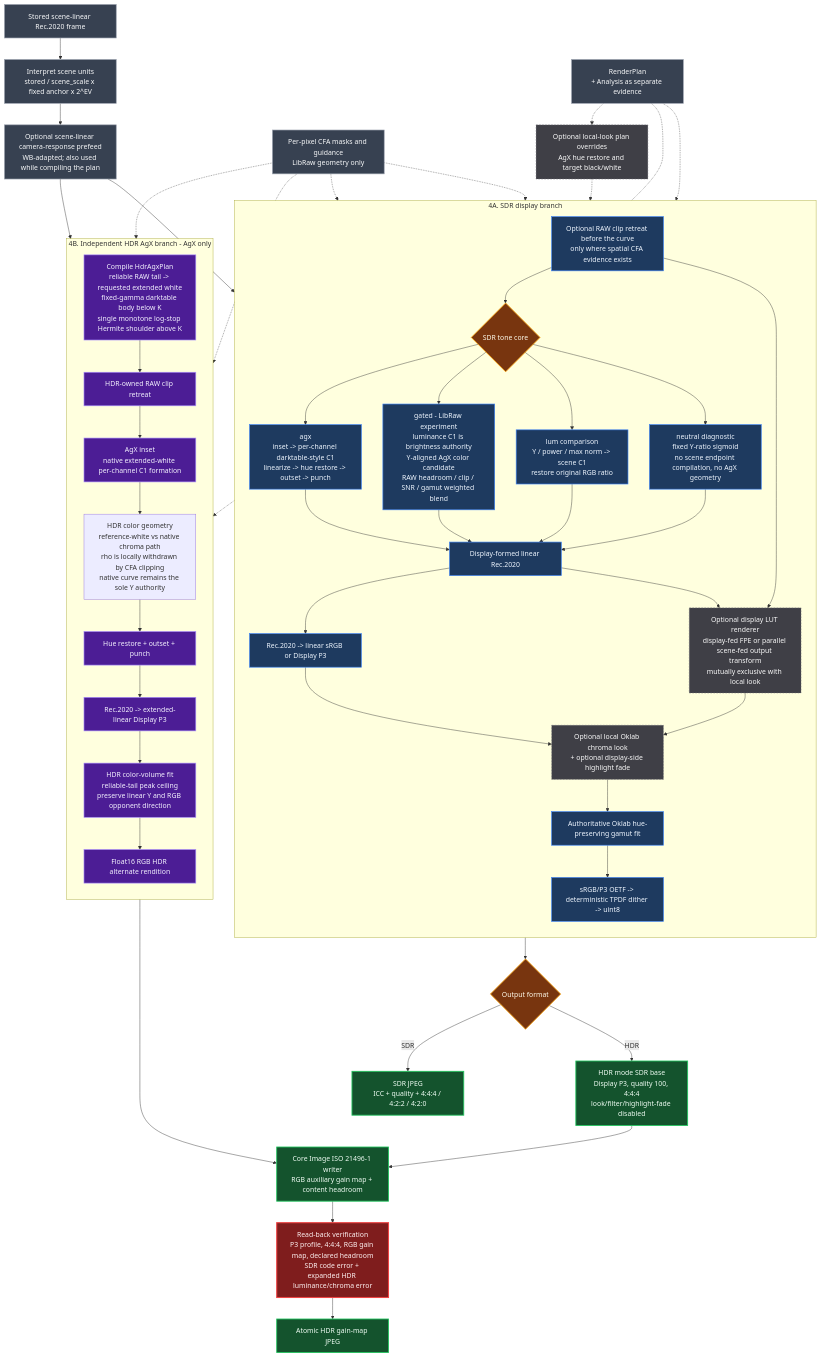
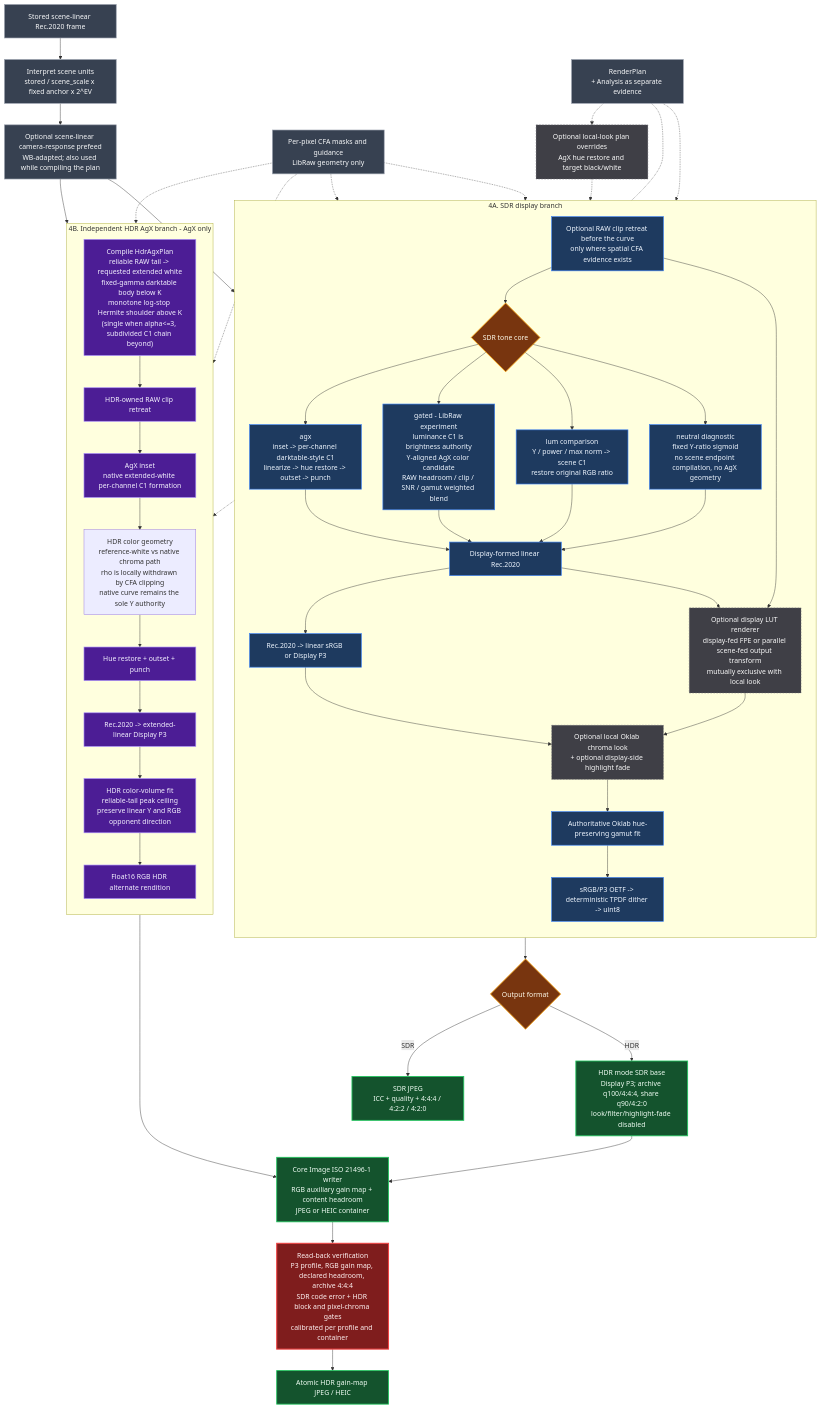
Before and after one commit to deadwood1998/dngscan: the second of 2 diagrams in README.md, drawn with Mermaid. The commit also changed other lines of this file and 7 other files, not shown here.

First line of the commit message:
gui+readme: delivery report panel, honesty mirror, architecture figures

```diff
--- a/README.md
+++ b/README.md
@@ -314,7 +314,7 @@
 
     subgraph HDR["4B. Independent HDR AgX branch - AgX only"]
         direction TB
-        HDRPLAN["Compile HdrAgxPlan<br/>reliable RAW tail -> requested extended white<br/>fixed-gamma darktable body below K<br/>single monotone log-stop Hermite shoulder above K"]
+        HDRPLAN["Compile HdrAgxPlan<br/>reliable RAW tail -> requested extended white<br/>fixed-gamma darktable body below K<br/>monotone log-stop Hermite shoulder above K<br/>(single when alpha<=3, subdivided C1 chain beyond)"]
         HRETREAT["HDR-owned RAW clip retreat"]
         HINSET["AgX inset<br/>native extended-white per-channel C1 formation"]
         PATH["HDR color geometry<br/>reference-white vs native chroma path<br/>rho is locally withdrawn by CFA clipping<br/>native curve remains the sole Y authority"]
@@ -340,11 +340,11 @@
 
     ENCODE --> FORMAT{"Output format"}
     FORMAT -->|SDR| SDRJPEG["SDR JPEG<br/>ICC + quality + 4:4:4 / 4:2:2 / 4:2:0"]
-    FORMAT -->|HDR| BASE["HDR mode SDR base<br/>Display P3, quality 100, 4:4:4<br/>look/filter/highlight-fade disabled"]
-    BASE --> PACKAGE["Core Image ISO 21496-1 writer<br/>RGB auxiliary gain map + content headroom"]
+    FORMAT -->|HDR| BASE["HDR mode SDR base<br/>Display P3; archive q100/4:4:4, share q90/4:2:0<br/>look/filter/highlight-fade disabled"]
+    BASE --> PACKAGE["Core Image ISO 21496-1 writer<br/>RGB auxiliary gain map + content headroom<br/>JPEG or HEIC container"]
     ALT --> PACKAGE
-    PACKAGE --> VERIFY["Read-back verification<br/>P3 profile, 4:4:4, RGB gain map, declared headroom<br/>SDR code error + expanded HDR luminance/chroma error"]
-    VERIFY --> HDRJPEG["Atomic HDR gain-map JPEG"]
+    PACKAGE --> VERIFY["Read-back verification<br/>P3 profile, RGB gain map, declared headroom, archive 4:4:4<br/>SDR code error + HDR block and pixel-chroma gates<br/>calibrated per profile and container"]
+    VERIFY --> HDRJPEG["Atomic HDR gain-map JPEG / HEIC"]
 
     classDef shared fill:#374151,stroke:#9ca3af,stroke-width:1.5px,color:#f9fafb
     classDef sdrpath fill:#1e3a5f,stroke:#3b82f6,stroke-width:1.5px,color:#eff6ff
```
